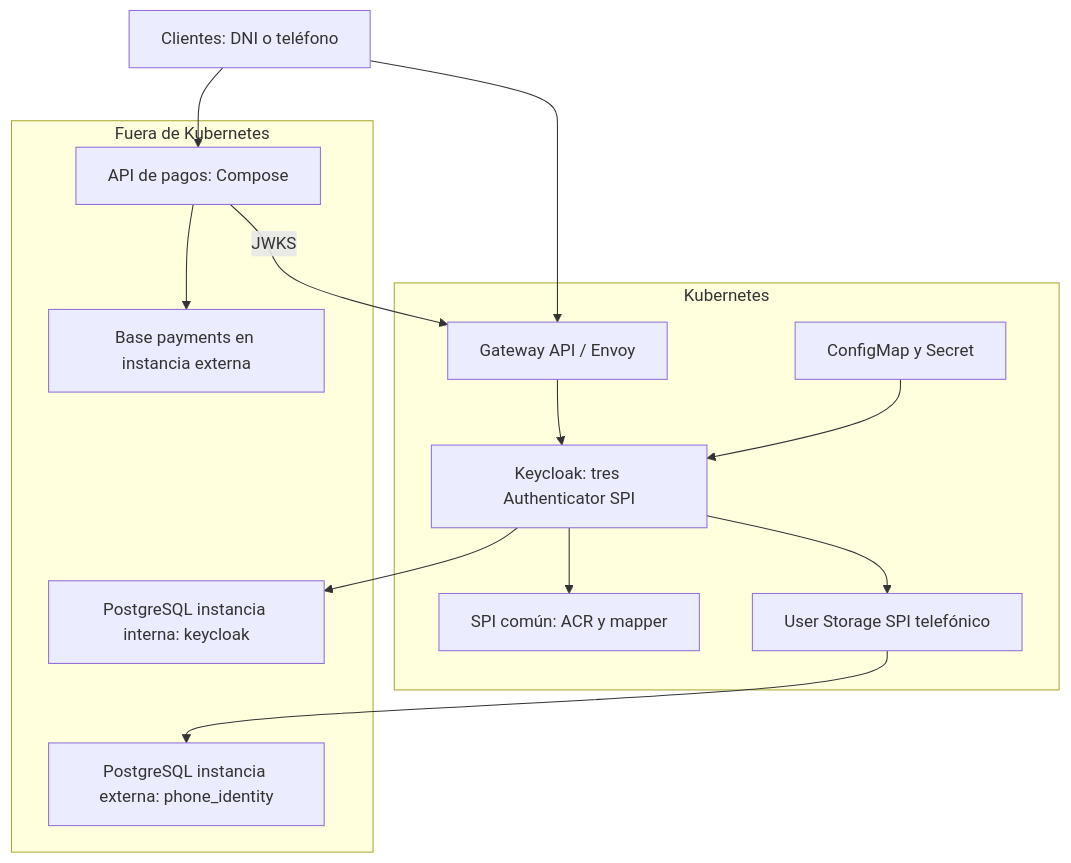
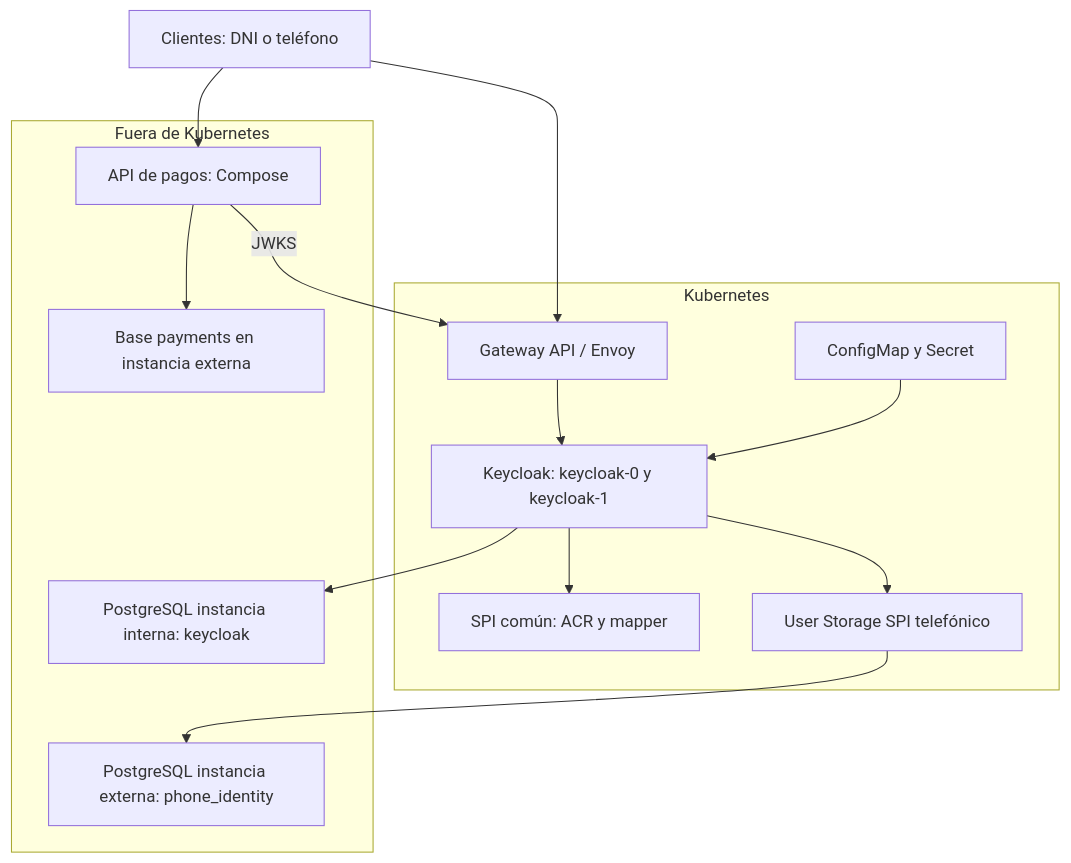
One commit to edgarrth/java-keycloak-chart changed the diagram in README.md. Above: the diagram before and after it, drawn with Mermaid. The commit also changed other lines of this file and 20 other files, not shown here.

````diff
--- a/README.md
+++ b/README.md
@@ -52,17 +52,17 @@
 ```mermaid
 flowchart TB
     B["Clientes: DNI o teléfono"] --> G
     subgraph K8S["Kubernetes"]
-      G["Gateway API / Envoy"] --> K["Keycloak: tres Authenticator SPI"]
+      G["Gateway API / Envoy"] --> K["Keycloak: keycloak-0 y keycloak-1"]
       K --> C["SPI común: ACR y mapper"]
       K --> F["User Storage SPI telefónico"]
       S["ConfigMap y Secret"] --> K
     end
     subgraph EXT["Fuera de Kubernetes"]
       K --> I["PostgreSQL instancia interna: keycloak"]
       F --> E["PostgreSQL instancia externa: phone_identity"]
       P["API de pagos: Compose"] --> D["Base payments en instancia externa"]
     end
     B --> P
     P -->|"JWKS"| G
 ```
````
